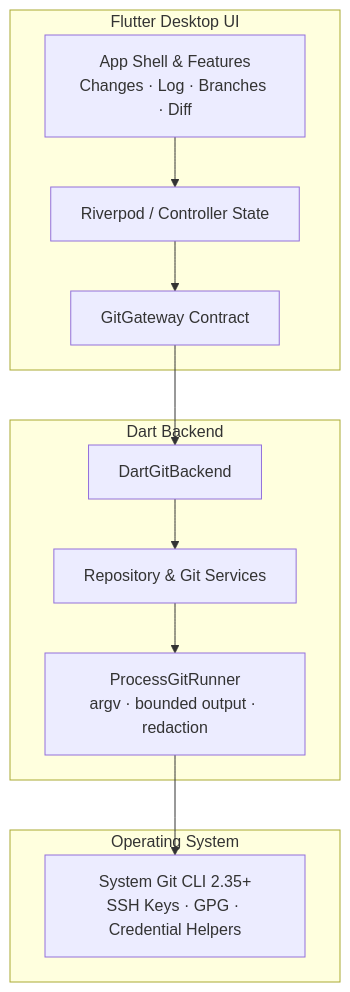
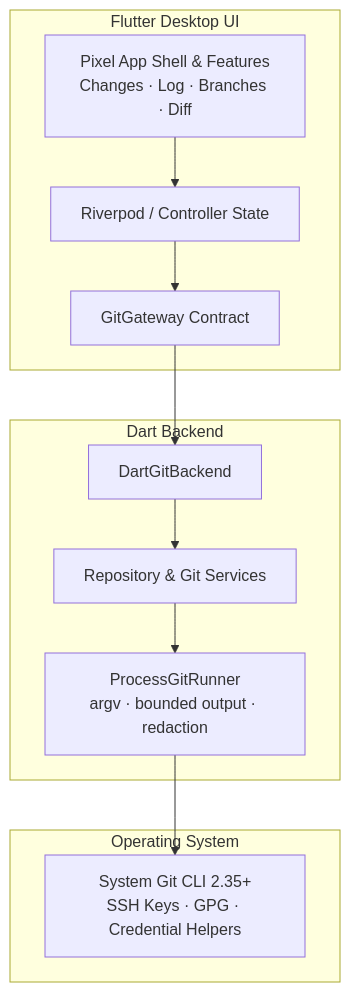
Before and after one commit to kimmandoo/gift: the diagram in README.md, drawn with Mermaid. The commit also changed other lines of this file and 9 other files, not shown here.

````diff
--- a/README.md
+++ b/README.md
@@ -33,25 +42,25 @@
 ```mermaid
 flowchart TD
     subgraph Flutter["Flutter Desktop UI"]
-        UI[App Shell & Features\nChanges · Log · Branches · Diff]
+        UI[Pixel App Shell & Features\nChanges · Log · Branches · Diff]
         State[Riverpod / Controller State]
         Gateway[GitGateway Contract]
     end
 
     subgraph Dart["Dart Backend"]
         API[DartGitBackend]
         Service[Repository & Git Services]
         Executor[ProcessGitRunner\nargv · bounded output · redaction]
     end
 
     subgraph System["Operating System"]
         GitCLI[System Git CLI 2.35+\nSSH Keys · GPG · Credential Helpers]
     end
 
     UI --> State
     State --> Gateway
     Gateway --> API
     API --> Service
     Service --> Executor
     Executor --> GitCLI
 ```
````
